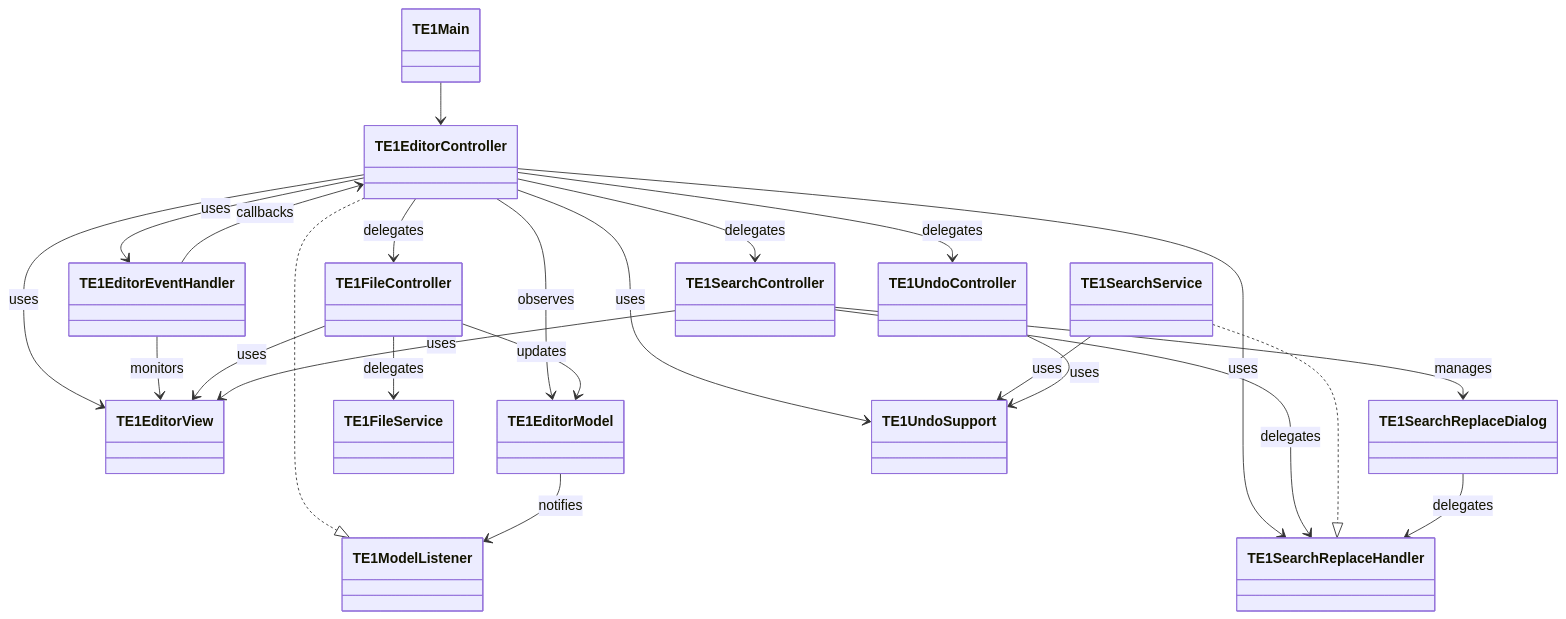
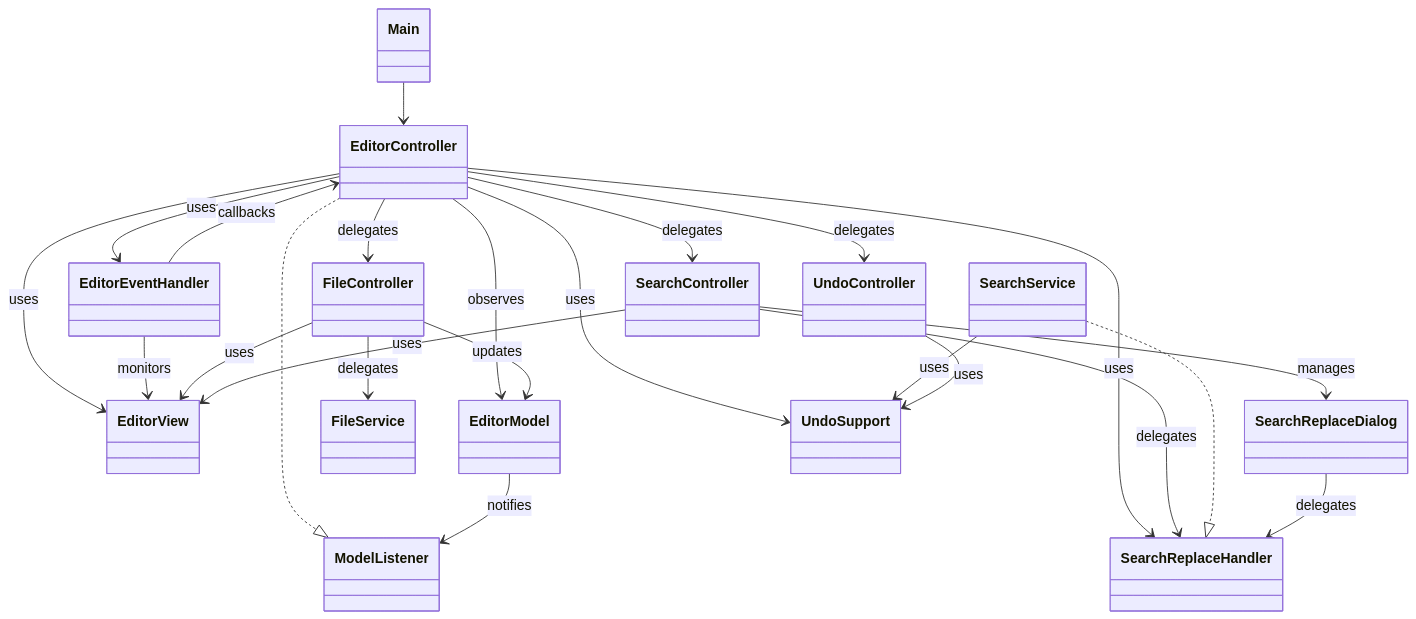
One commit to mkunori/TextEditor1Go changed the second of 3 diagrams in README.md. Above: the diagram before and after it, drawn with Mermaid. The commit also changed other lines of this file and 14 other files, not shown here.

````diff
--- a/README.md
+++ b/README.md
@@ -142,48 +142,48 @@
 ```mermaid
 classDiagram
-    class TE1Main
-    class TE1EditorController
-    class TE1EditorEventHandler
-    class TE1FileController
-    class TE1SearchController
-    class TE1EditorView
-    class TE1EditorModel
-    class TE1ModelListener
-    class TE1FileService
-    class TE1SearchReplaceHandler
-    class TE1SearchService
-    class TE1SearchReplaceDialog
-    class TE1UndoSupport
-    class TE1UndoController
+    class Main
+    class EditorController
+    class EditorEventHandler
+    class FileController
+    class SearchController
+    class EditorView
+    class EditorModel
+    class ModelListener
+    class FileService
+    class SearchReplaceHandler
+    class SearchService
+    class SearchReplaceDialog
+    class UndoSupport
+    class UndoController
 
-    TE1Main --> TE1EditorController
+    Main --> EditorController
 
-    TE1EditorController --> TE1EditorView : uses
-    TE1EditorController --> TE1EditorModel : observes
-    TE1EditorController --> TE1EditorEventHandler : uses
-    TE1EditorController --> TE1FileController : delegates
-    TE1EditorController --> TE1SearchController : delegates
-    TE1EditorController --> TE1UndoSupport : uses
-    TE1EditorController --> TE1SearchReplaceHandler : uses
-    TE1EditorController --> TE1UndoController : delegates
+    EditorController --> EditorView : uses
+    EditorController --> EditorModel : observes
+    EditorController --> EditorEventHandler : uses
+    EditorController --> FileController : delegates
+    EditorController --> SearchController : delegates
+    EditorController --> UndoSupport : uses
+    EditorController --> SearchReplaceHandler : uses
+    EditorController --> UndoController : delegates
 
-    TE1EditorEventHandler --> TE1EditorView : monitors
-    TE1EditorEventHandler --> TE1EditorController : callbacks
+    EditorEventHandler --> EditorView : monitors
+    EditorEventHandler --> EditorController : callbacks
 
-    TE1FileController --> TE1EditorView : uses
-    TE1FileController --> TE1EditorModel : updates
-    TE1FileController --> TE1FileService : delegates
+    FileController --> EditorView : uses
+    FileController --> EditorModel : updates
+    FileController --> FileService : delegates
 
-    TE1SearchController --> TE1EditorView : uses
-    TE1SearchController --> TE1SearchReplaceHandler : delegates
-    TE1SearchController --> TE1SearchReplaceDialog : manages
+    SearchController --> EditorView : uses
+    SearchController --> SearchReplaceHandler : delegates
+    SearchController --> SearchReplaceDialog : manages
 
-    TE1EditorController ..|> TE1ModelListener
-    TE1EditorModel --> TE1ModelListener : notifies
+    EditorController ..|> ModelListener
+    EditorModel --> ModelListener : notifies
 
-    TE1SearchService ..|> TE1SearchReplaceHandler
-    TE1SearchService --> TE1UndoSupport : uses
-    TE1SearchReplaceDialog --> TE1SearchReplaceHandler : delegates
+    SearchService ..|> SearchReplaceHandler
+    SearchService --> UndoSupport : uses
+    SearchReplaceDialog --> SearchReplaceHandler : delegates
     
-    TE1UndoController --> TE1UndoSupport : uses
+    UndoController --> UndoSupport : uses
 ```
````
